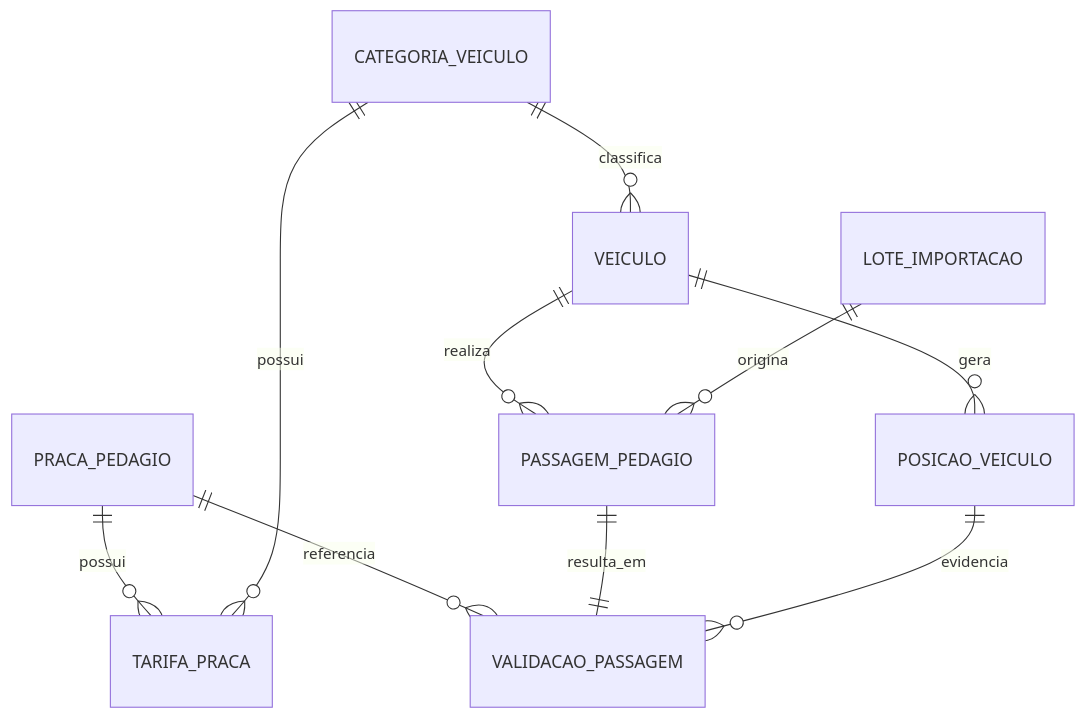
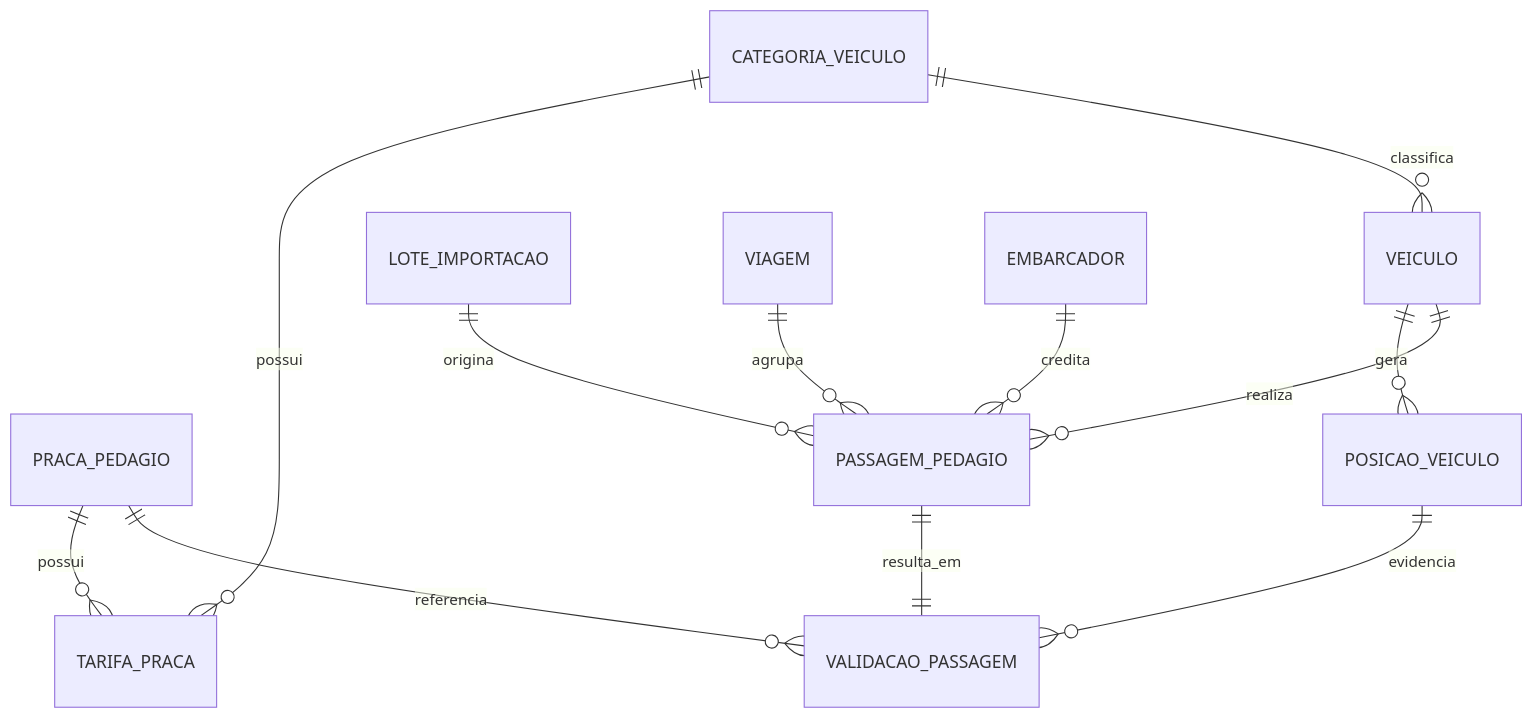
The diagram in docs/modelo-dados.md (AleNunesJesus/Pedagio), drawn with Mermaid before and after one commit. The commit also changed other lines of this file and 12 other files, not shown here.

First line of the commit message:
FASE 10: cadastro próprio de viagem/embarcador

````diff
--- a/docs/modelo-dados.md
+++ b/docs/modelo-dados.md
@@ -27,12 +27,14 @@
 ```mermaid
 erDiagram
     PRACA_PEDAGIO ||--o{ TARIFA_PRACA : possui
     PRACA_PEDAGIO ||--o{ VALIDACAO_PASSAGEM : referencia
     CATEGORIA_VEICULO ||--o{ TARIFA_PRACA : possui
     CATEGORIA_VEICULO ||--o{ VEICULO : classifica
     VEICULO ||--o{ POSICAO_VEICULO : gera
     VEICULO ||--o{ PASSAGEM_PEDAGIO : realiza
     LOTE_IMPORTACAO ||--o{ PASSAGEM_PEDAGIO : origina
     PASSAGEM_PEDAGIO ||--|| VALIDACAO_PASSAGEM : resulta_em
     POSICAO_VEICULO ||--o{ VALIDACAO_PASSAGEM : evidencia
+    VIAGEM ||--o{ PASSAGEM_PEDAGIO : agrupa
+    EMBARCADOR ||--o{ PASSAGEM_PEDAGIO : credita
 ```
````
